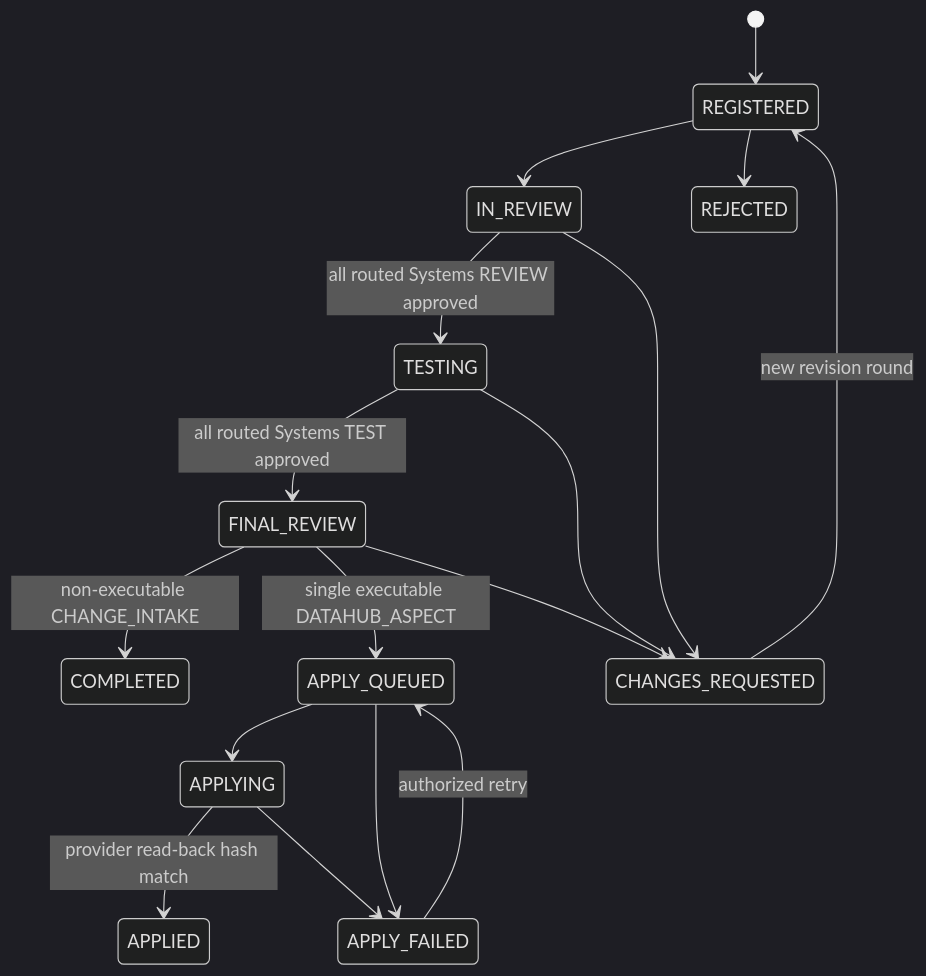
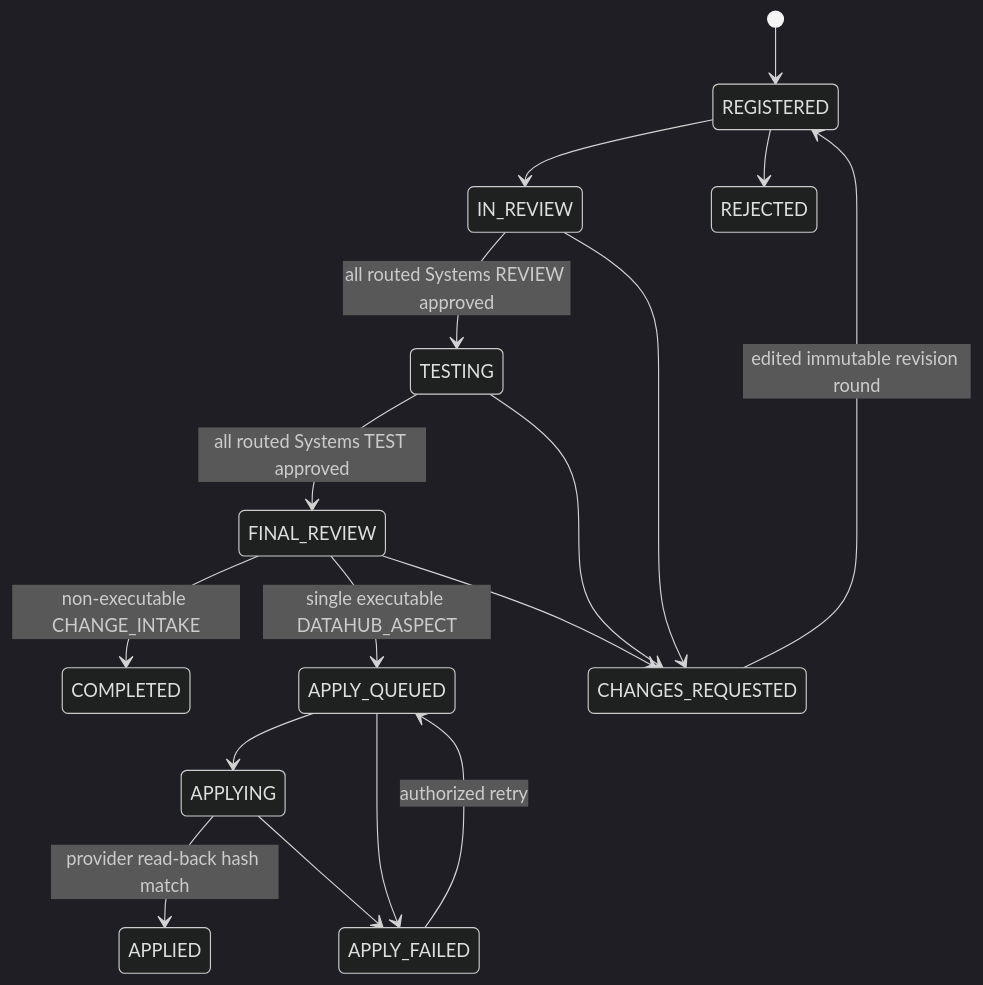
One commit to Ever-Real/datariver_poc_v0 changed the first of 5 diagrams in docs/usecases.md. Above: the diagram before and after it, drawn with Mermaid (dark theme). The commit also changed other lines of this file and 34 other files, not shown here.

````diff
--- a/docs/usecases.md
+++ b/docs/usecases.md
@@ -259,19 +259,19 @@
 ```mermaid
 stateDiagram-v2
     [*] --> REGISTERED
     REGISTERED --> IN_REVIEW
     IN_REVIEW --> TESTING: all routed Systems REVIEW approved
     TESTING --> FINAL_REVIEW: all routed Systems TEST approved
     FINAL_REVIEW --> COMPLETED: non-executable CHANGE_INTAKE
     FINAL_REVIEW --> APPLY_QUEUED: single executable DATAHUB_ASPECT
     APPLY_QUEUED --> APPLYING
     APPLYING --> APPLIED: provider read-back hash match
     APPLY_QUEUED --> APPLY_FAILED
     APPLYING --> APPLY_FAILED
     APPLY_FAILED --> APPLY_QUEUED: authorized retry
     REGISTERED --> REJECTED
     IN_REVIEW --> CHANGES_REQUESTED
     TESTING --> CHANGES_REQUESTED
     FINAL_REVIEW --> CHANGES_REQUESTED
-    CHANGES_REQUESTED --> REGISTERED: new revision round
+    CHANGES_REQUESTED --> REGISTERED: edited immutable revision round
 ```
````
